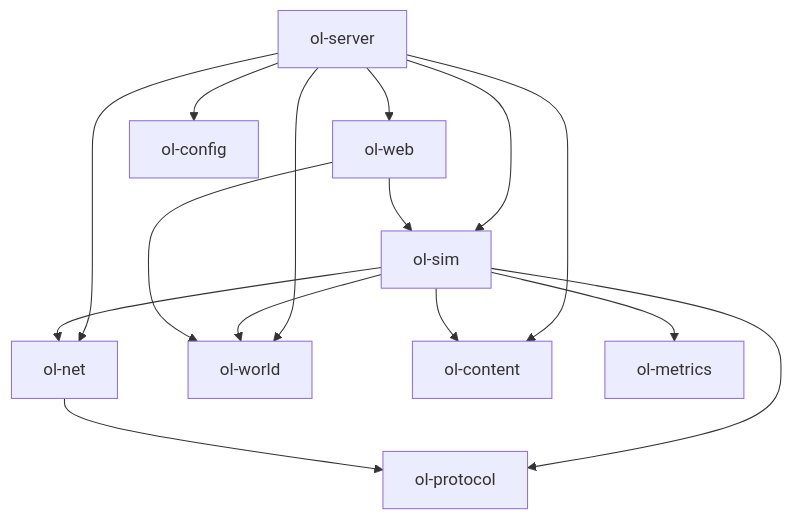
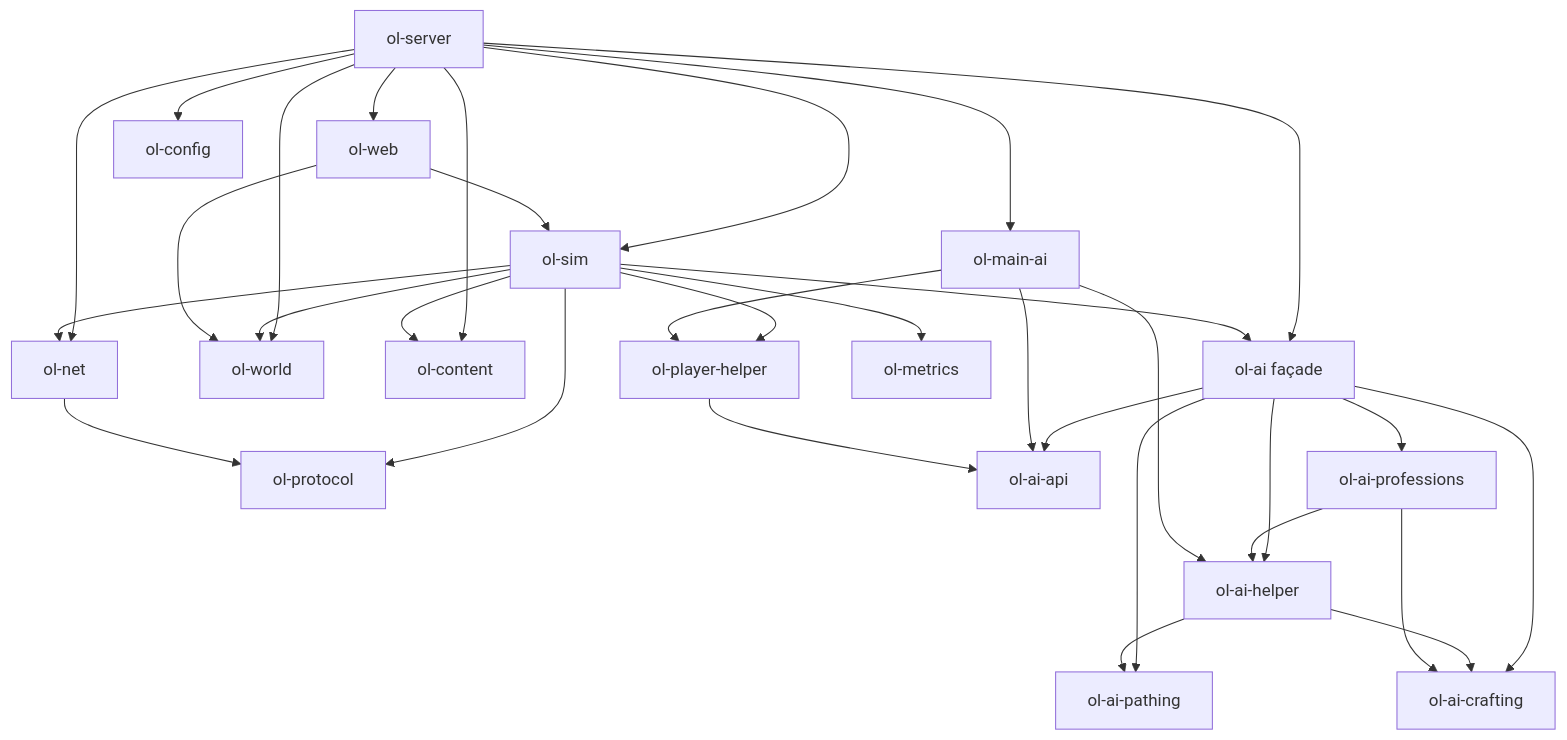
The third of 11 diagrams in openlife/RustServer/docs/port/DEPENDENCY_GRAPHS.md (PXshadow/OpenLife), drawn with Mermaid before and after one commit. The commit also changed other lines of this file and 13 other files, not shown here.

First line of the commit message:
Docs + sim re-export: pathing and craft pure modules.

````diff
--- a/openlife/RustServer/docs/port/DEPENDENCY_GRAPHS.md
+++ b/openlife/RustServer/docs/port/DEPENDENCY_GRAPHS.md
@@ -99,17 +99,34 @@
 ```mermaid
 flowchart TB
   SRV[ol-server] --> SIM[ol-sim]
   SRV --> NET[ol-net]
   SRV --> WEB[ol-web]
   SRV --> CFG[ol-config]
   SRV --> WLD[ol-world]
   SRV --> CNT[ol-content]
+  SRV --> AI[ol-ai façade]
+  SRV --> MAIN[ol-main-ai]
   SIM --> WLD
   SIM --> CNT
   SIM --> PROTO[ol-protocol]
   SIM --> NET
+  SIM --> AI
+  SIM --> PH[ol-player-helper]
+  AI --> API[ol-ai-api]
+  AI --> HELP[ol-ai-helper]
+  AI --> PATH[ol-ai-pathing]
+  AI --> CRAFT[ol-ai-crafting]
+  AI --> PROF[ol-ai-professions]
+  HELP --> PATH
+  HELP --> CRAFT
+  PROF --> HELP
+  PROF --> CRAFT
+  MAIN --> API
+  MAIN --> HELP
+  MAIN --> PH
+  PH --> API
   NET --> PROTO
   WEB --> SIM
   WEB --> WLD
   SIM --> MET[ol-metrics]
 ```
````
